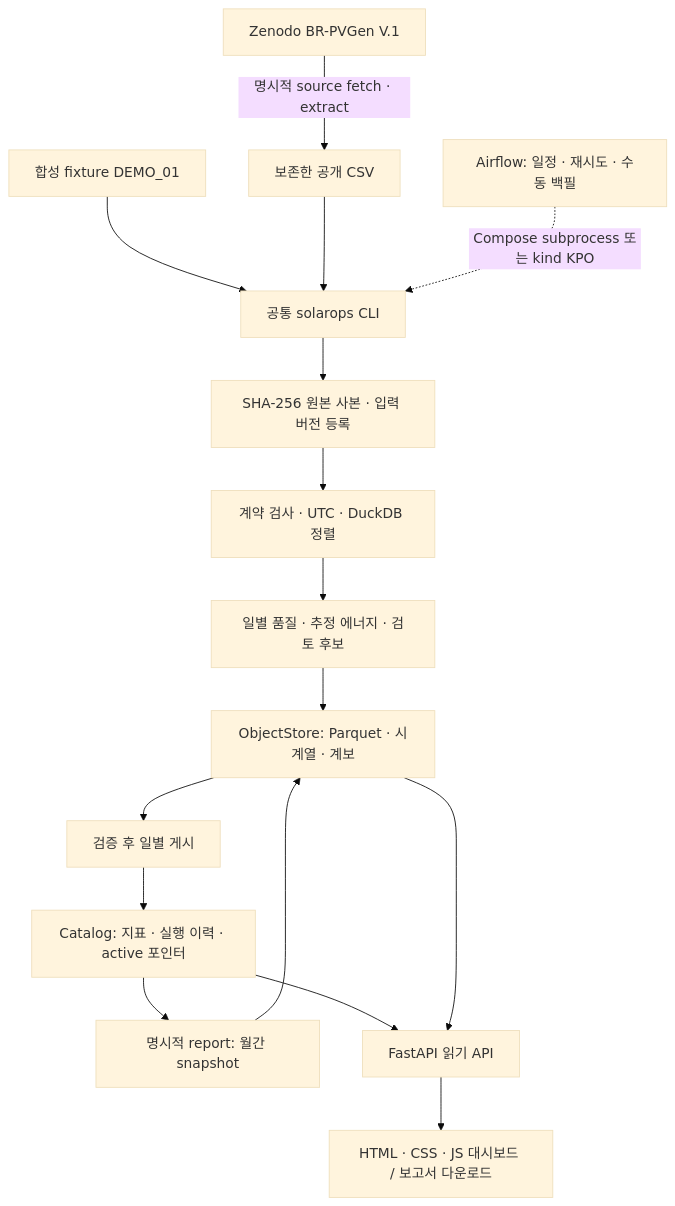
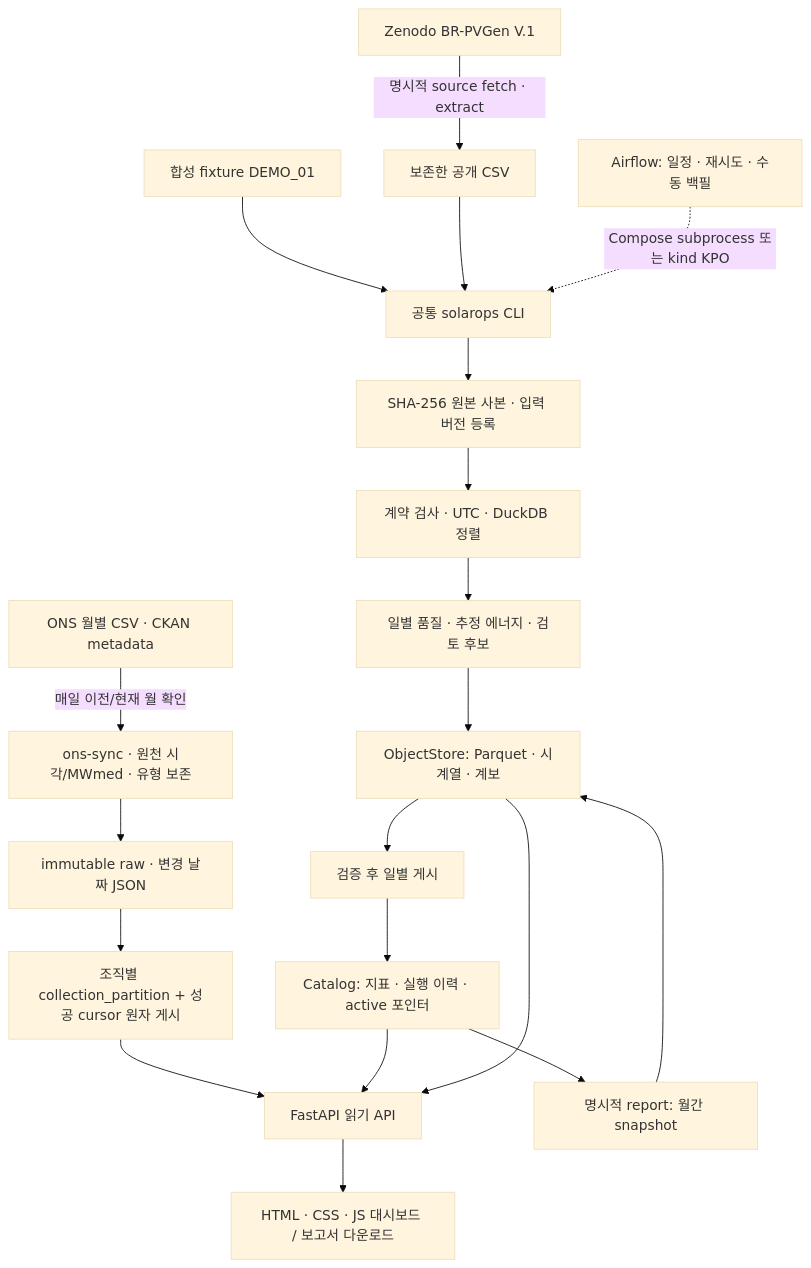
The first of 3 diagrams in docs/architecture/system.md (TaeyanG4/solarops-audit), drawn with Mermaid (base theme) before and after one commit. The commit also changed other lines of this file and 17 other files, not shown here.

Commit message:
docs: record ONS scheduled collection and measured public DAG performance

````diff
--- a/docs/architecture/system.md
+++ b/docs/architecture/system.md
@@ -13,18 +13,22 @@
 ```mermaid
 flowchart TB
     Z["Zenodo BR-PVGen V.1"] -->|"명시적 source fetch · extract"| CSV["보존한 공개 CSV"]
+    ONS["ONS 월별 CSV · CKAN metadata"] -->|"매일 이전/현재 월 확인"| INC["ons-sync · 원천 시각/MWmed · 유형 보존"]
+    INC --> RAW["immutable raw · 변경 날짜 JSON"]
+    RAW --> CUR["조직별 collection_partition + 성공 cursor 원자 게시"]
+    CUR --> API
     S["합성 fixture DEMO_01"] --> CLI["공통 solarops CLI"]
     CSV --> CLI
     A["Airflow: 일정 · 재시도 · 수동 백필"] -.->|"Compose subprocess 또는 kind KPO"| CLI
     CLI --> R["SHA-256 원본 사본 · 입력 버전 등록"]
     R --> N["계약 검사 · UTC · DuckDB 정렬"]
     N --> Q["일별 품질 · 추정 에너지 · 검토 후보"]
     Q --> O["ObjectStore: Parquet · 시계열 · 계보"]
     O --> V["검증 후 일별 게시"]
     V --> C["Catalog: 지표 · 실행 이력 · active 포인터"]
     C --> REP["명시적 report: 월간 snapshot"]
     REP --> O
     C --> API["FastAPI 읽기 API"]
     O --> API
     API --> UI["HTML · CSS · JS 대시보드 / 보고서 다운로드"]
 ```
````
